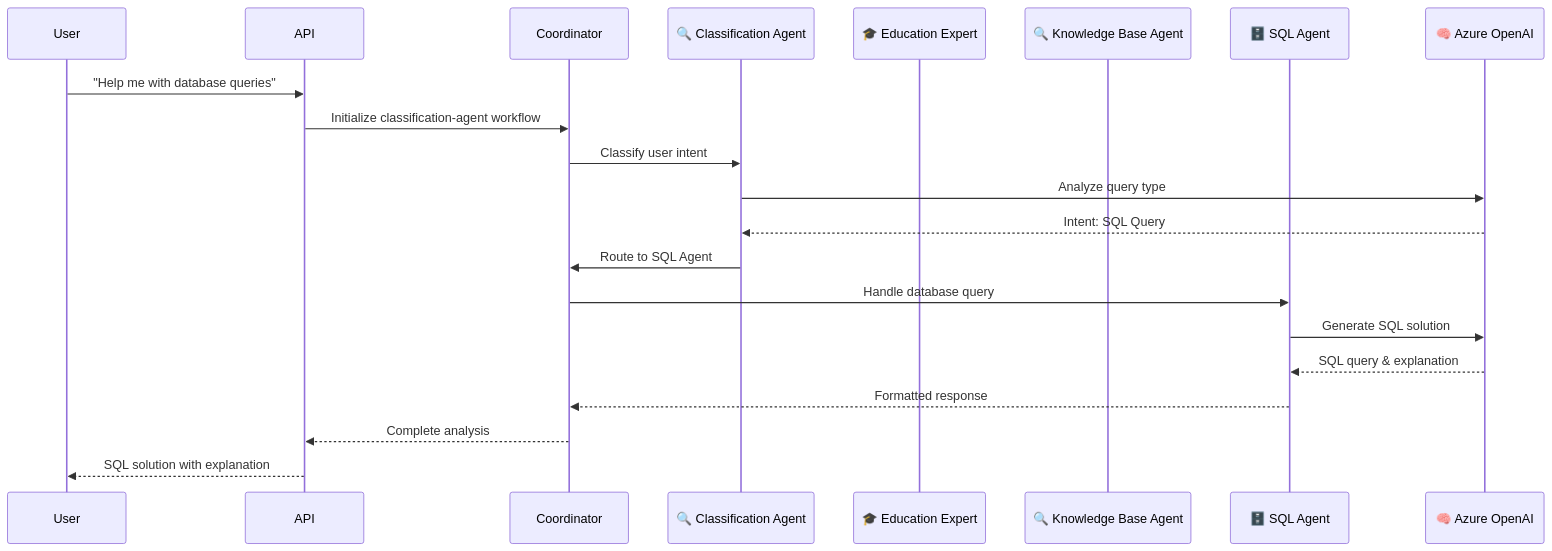
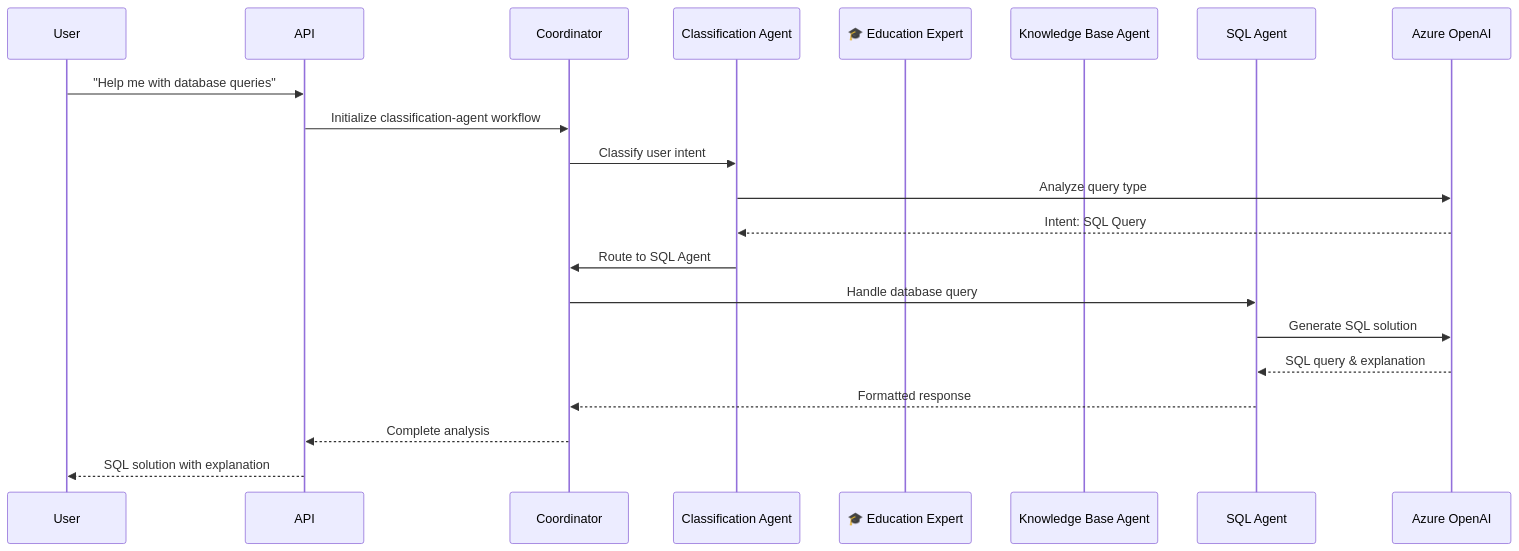
Before and after one commit to the-ingenious-dark-knight/Insight_Ingenious: the second of 10 diagrams in docs/workflows/README.md, drawn with Mermaid. The commit also changed other lines of this file and 23 other files, not shown here.

````diff
--- a/docs/workflows/README.md
+++ b/docs/workflows/README.md
@@ -98,27 +98,27 @@
 ```mermaid
 sequenceDiagram
     participant User
     participant API
     participant Coordinator
-    participant ClassificationAgent as 🔍 Classification Agent
+    participant ClassificationAgent as  Classification Agent
     participant EducationAgent as 🎓 Education Expert
-    participant KnowledgeAgent as 🔍 Knowledge Base Agent
-    participant SQLAgent as 🗄️ SQL Agent
-    participant AzureOpenAI as 🧠 Azure OpenAI
+    participant KnowledgeAgent as  Knowledge Base Agent
+    participant SQLAgent as  SQL Agent
+    participant AzureOpenAI as  Azure OpenAI
 
     User->>API: "Help me with database queries"
     API->>Coordinator: Initialize classification-agent workflow
 
     Coordinator->>ClassificationAgent: Classify user intent
     ClassificationAgent->>AzureOpenAI: Analyze query type
     AzureOpenAI-->>ClassificationAgent: Intent: SQL Query
 
     ClassificationAgent->>Coordinator: Route to SQL Agent
     Coordinator->>SQLAgent: Handle database query
     SQLAgent->>AzureOpenAI: Generate SQL solution
     AzureOpenAI-->>SQLAgent: SQL query & explanation
 
     SQLAgent-->>Coordinator: Formatted response
     Coordinator-->>API: Complete analysis
     API-->>User: SQL solution with explanation
 ```
````
